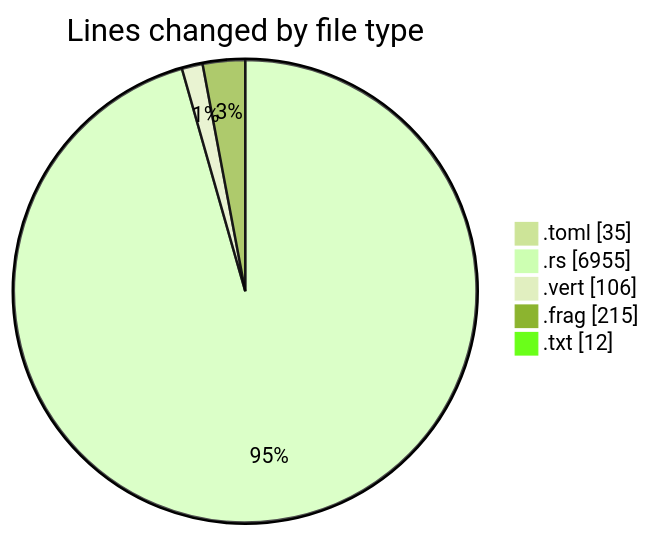
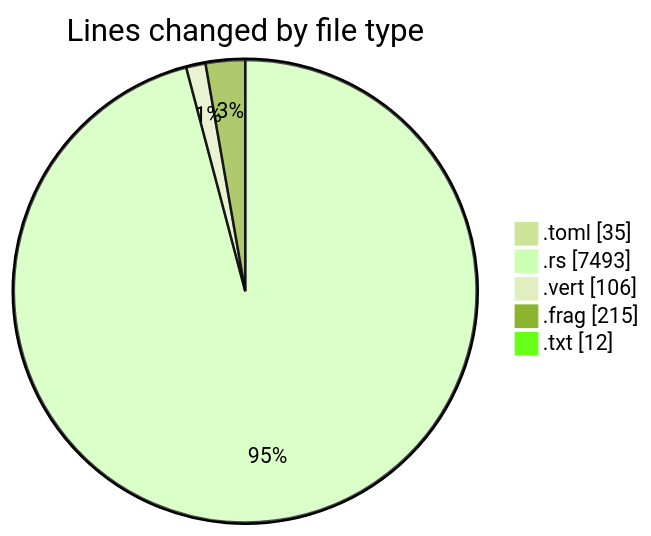
One commit to ernivani/code-tracking changed the first of 2 diagrams in 2025-01-02/3drust/README.md. Above: the diagram before and after it, drawn with Mermaid (forest theme). The commit also changed other lines of this file and 2 other files, not shown here.

````diff
--- a/2025-01-02/3drust/README.md
+++ b/2025-01-02/3drust/README.md
@@ -30,9 +30,9 @@
 ```mermaid
 pie showData
 title Lines changed by file type
 ".toml" : 35
-".rs" : 6955
+".rs" : 7493
 ".vert" : 106
 ".frag" : 215
 ".txt" : 12
 ```
````
